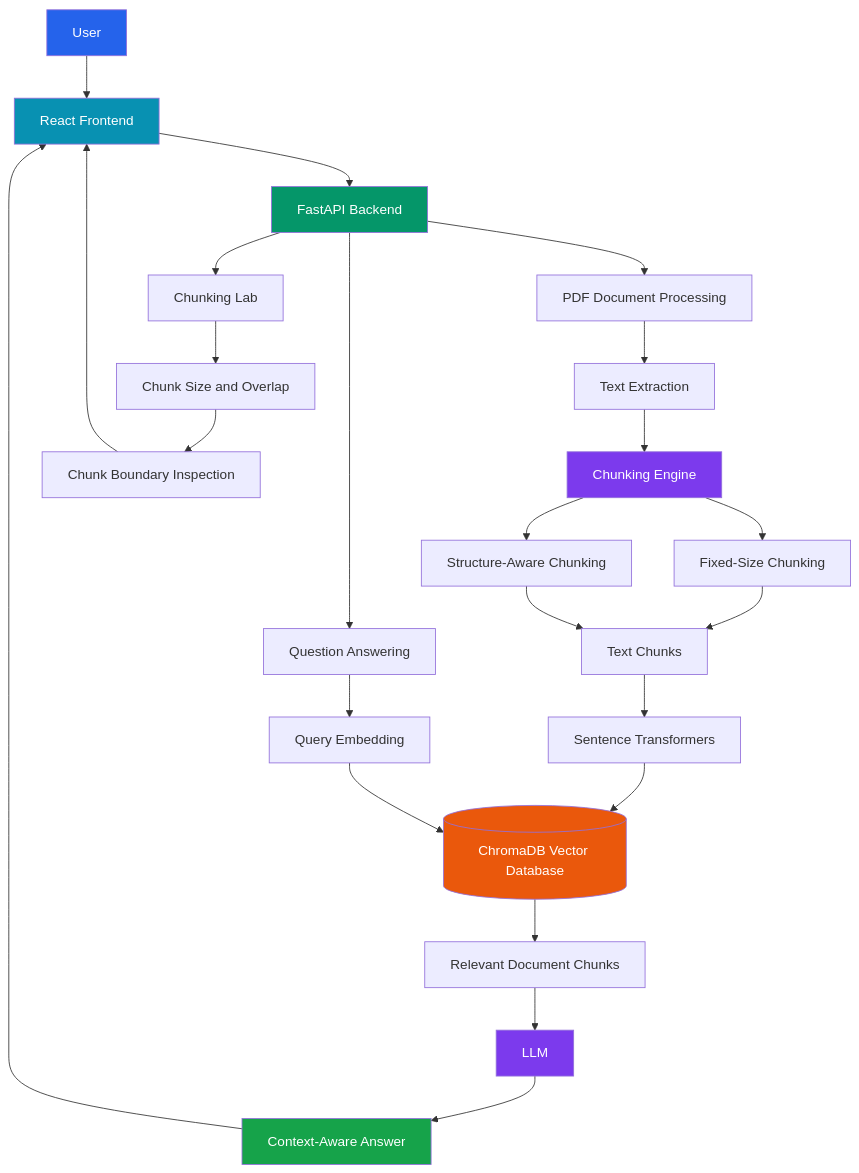
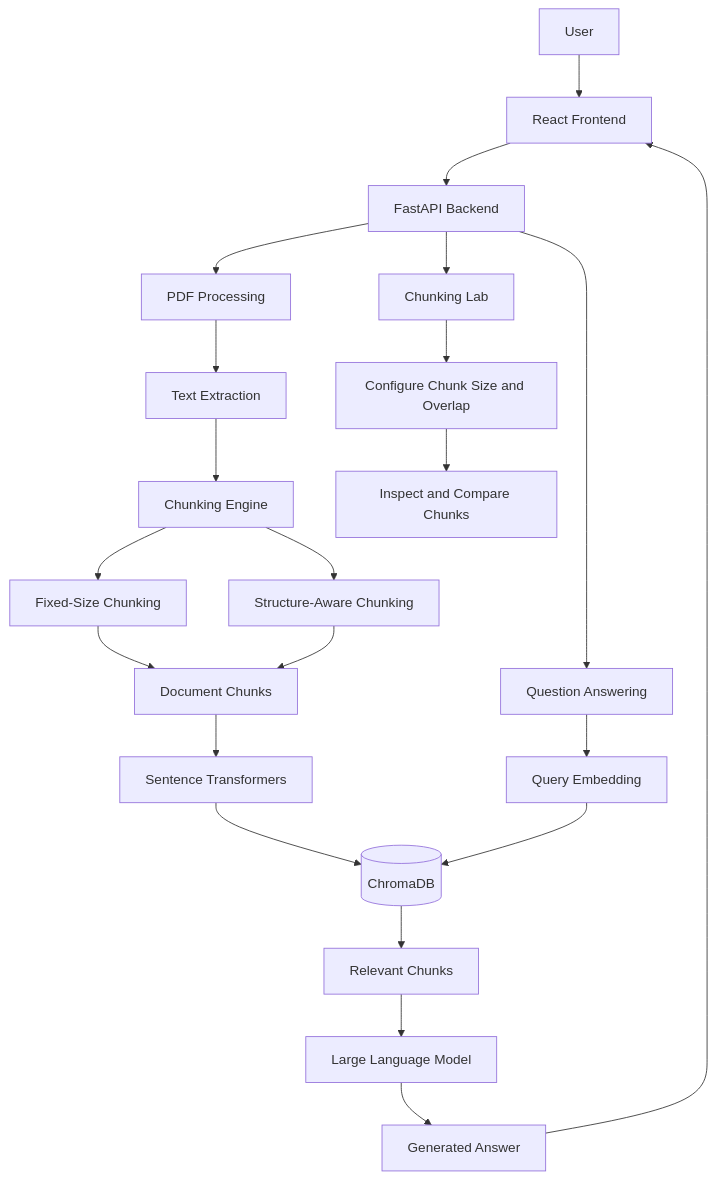
The first of 4 diagrams in README.md (behra527/MediRAG-AI-Intelligent-Document-Assistant), drawn with Mermaid before and after one commit. The commit also changed other lines of this file, not shown here.

````diff
--- a/README.md
+++ b/README.md
@@ -70,41 +51,32 @@
 ```mermaid
 flowchart TD
     A["User"] --> B["React Frontend"]
     B --> C["FastAPI Backend"]
 
-    C --> D["PDF Document Processing"]
+    C --> D["PDF Processing"]
     C --> E["Question Answering"]
     C --> F["Chunking Lab"]
 
     D --> G["Text Extraction"]
     G --> H["Chunking Engine"]
 
     H --> I["Fixed-Size Chunking"]
     H --> J["Structure-Aware Chunking"]
 
-    I --> K["Text Chunks"]
+    I --> K["Document Chunks"]
     J --> K
 
     K --> L["Sentence Transformers"]
-    L --> M[("ChromaDB Vector Database")]
+    L --> M[("ChromaDB")]
 
     E --> N["Query Embedding"]
     N --> M
 
-    M --> O["Relevant Document Chunks"]
-    O --> P["LLM"]
-    P --> Q["Context-Aware Answer"]
+    M --> O["Relevant Chunks"]
+    O --> P["Large Language Model"]
+    P --> Q["Generated Answer"]
     Q --> B
 
-    F --> R["Chunk Size and Overlap"]
-    R --> S["Chunk Boundary Inspection"]
-    S --> B
-
-    style A fill:#2563eb,color:#fff
-    style B fill:#0891b2,color:#fff
-    style C fill:#059669,color:#fff
-    style H fill:#7c3aed,color:#fff
-    style M fill:#ea580c,color:#fff
-    style P fill:#7c3aed,color:#fff
-    style Q fill:#16a34a,color:#fff
+    F --> R["Configure Chunk Size and Overlap"]
+    R --> S["Inspect and Compare Chunks"]
 ```
````
